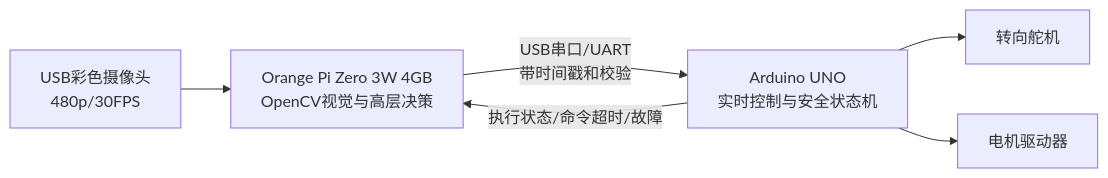
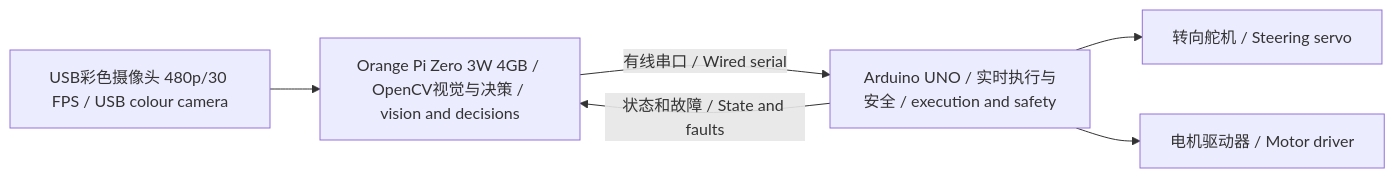
Before and after one commit to chinaxueyuannew/wro2026-nanjingBSSN: the diagram in other其他/processor-orange-pi.md, drawn with Mermaid. The commit also changed other lines of this file and 30 other files, not shown here.

````diff
--- a/other其他/processor-orange-pi.md
+++ b/other其他/processor-orange-pi.md
@@ -37,8 +43,8 @@
 ```mermaid
 flowchart LR
-  CAM[USB彩色摄像头\n480p/30FPS] --> OPI[Orange Pi Zero 3W 4GB\nOpenCV视觉与高层决策]
-  OPI -->|USB串口/UART\n带时间戳和校验| MCU[Arduino UNO\n实时控制与安全状态机]
-  MCU --> SERVO[转向舵机]
-  MCU --> DRIVER[电机驱动器]
-  MCU -->|执行状态/命令超时/故障| OPI
+  CAM["USB彩色摄像头 480p/30 FPS / USB colour camera"] --> OPI["Orange Pi Zero 3W 4GB / OpenCV视觉与决策 / vision and decisions"]
+  OPI -->|"有线串口 / Wired serial"| MCU["Arduino UNO / 实时执行与安全 / execution and safety"]
+  MCU --> SERVO["转向舵机 / Steering servo"]
+  MCU --> DRIVER["电机驱动器 / Motor driver"]
+  MCU -->|"状态和故障 / State and faults"| OPI
 ```
````
